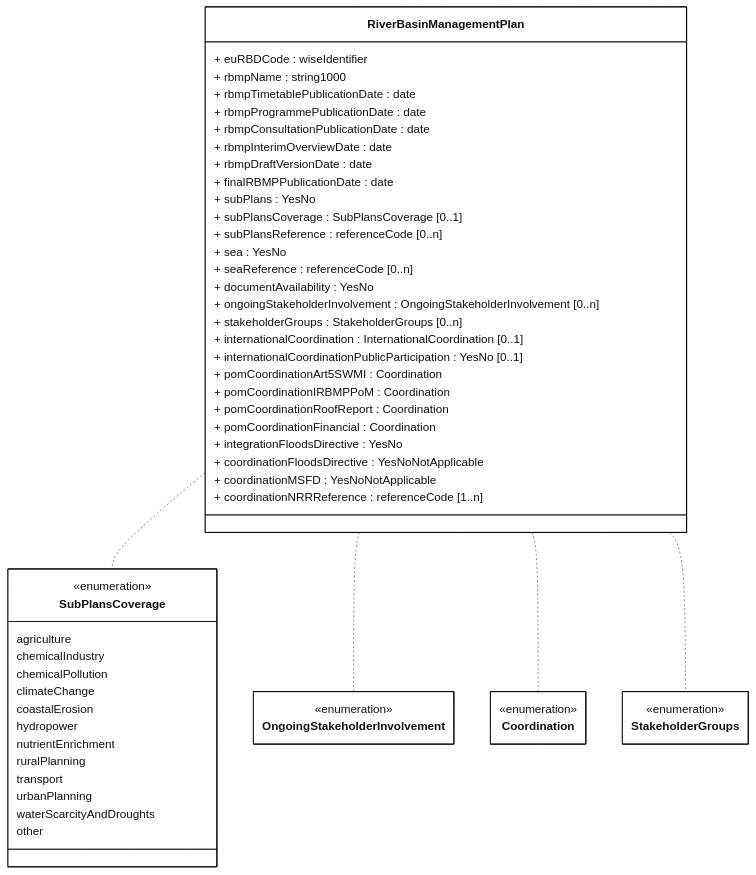
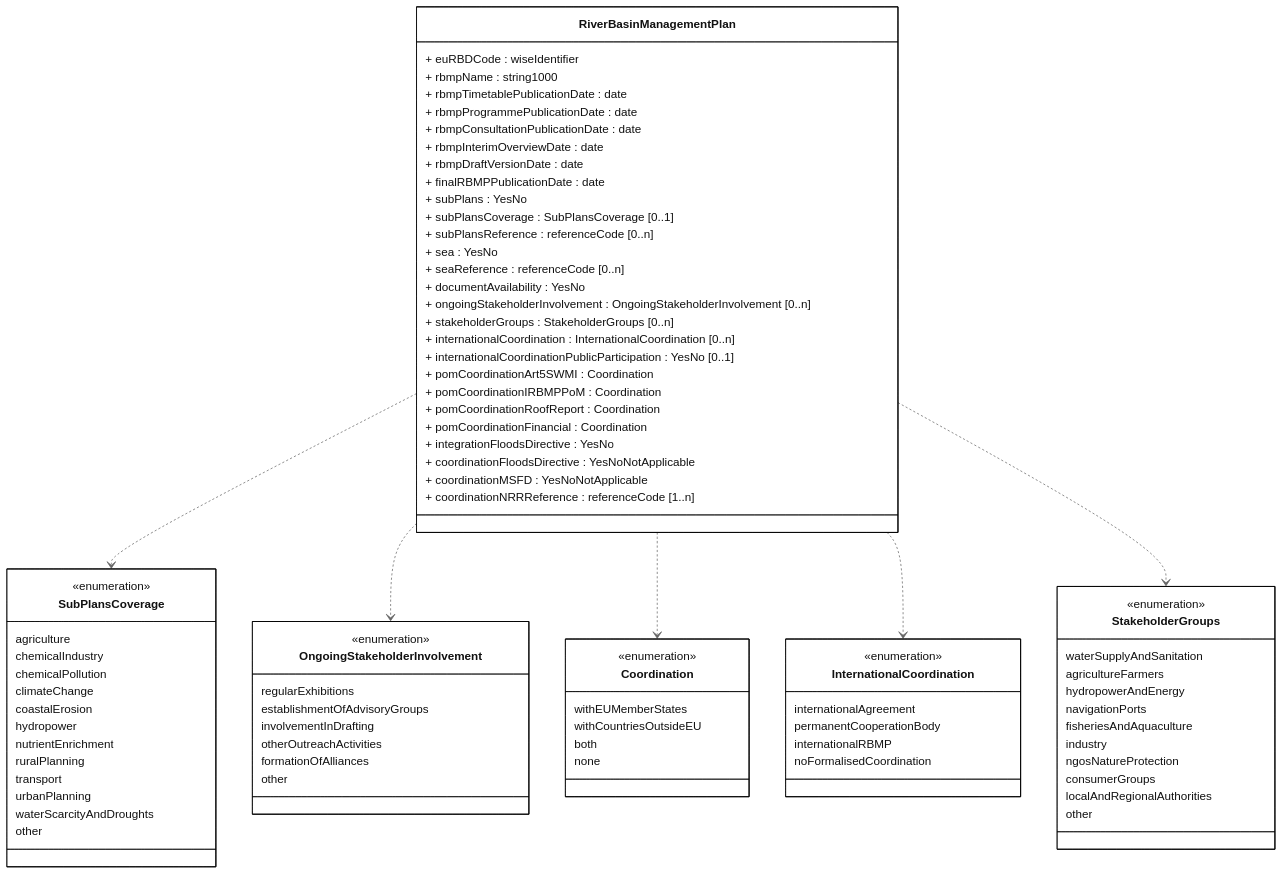
The diagram in docs/DataModelReview/mmd/Measures_4thCycle_RiverBasinManagementPlan_ClassDiagram.mmd (eeadata/WISE.WFD.Documentation), drawn with Mermaid before and after one commit. The commit also changed 25 other files, not shown here.

```diff
--- a/docs/DataModelReview/mmd/Measures_4thCycle_RiverBasinManagementPlan_ClassDiagram.mmd
+++ b/docs/DataModelReview/mmd/Measures_4thCycle_RiverBasinManagementPlan_ClassDiagram.mmd
@@ -1,79 +1,111 @@
 ---
 config:
   class:
     hideEmptyMembersBox: true
   layout: dagre
   theme: neutral
 ---
 classDiagram
 direction TB
 
 class RiverBasinManagementPlan{
 + euRBDCode :  wiseIdentifier
 + rbmpName : string1000
 
 + rbmpTimetablePublicationDate : date 
 + rbmpProgrammePublicationDate : date 
 + rbmpConsultationPublicationDate : date 
 + rbmpInterimOverviewDate : date 
 + rbmpDraftVersionDate : date 
 + finalRBMPPublicationDate : date 
 
 + subPlans : YesNo
 + subPlansCoverage : SubPlansCoverage [0..1]
 + subPlansReference : referenceCode [0..n]
 
 + sea : YesNo
 + seaReference : referenceCode [0..n]
 
 + documentAvailability  : YesNo
 
 + ongoingStakeholderInvolvement : OngoingStakeholderInvolvement [0..n]
 + stakeholderGroups : StakeholderGroups [0..n]
 
-+ internationalCoordination : InternationalCoordination [0..1]
++ internationalCoordination : InternationalCoordination [0..n]
 + internationalCoordinationPublicParticipation : YesNo [0..1]
 + pomCoordinationArt5SWMI : Coordination
 + pomCoordinationIRBMPPoM : Coordination
 + pomCoordinationRoofReport : Coordination
 + pomCoordinationFinancial : Coordination
 
 + integrationFloodsDirective : YesNo
 + coordinationFloodsDirective : YesNoNotApplicable
 + coordinationMSFD : YesNoNotApplicable
 
 + coordinationNRRReference : referenceCode [1..n]
 }
+
+class Coordination{
+    <<enumeration>>
+    withEUMemberStates
+    withCountriesOutsideEU
+    both
+    none
+    }
+
+class InternationalCoordination{
+    <<enumeration>>
+    internationalAgreement
+    permanentCooperationBody
+    internationalRBMP
+    noFormalisedCoordination
+    }
+
+class OngoingStakeholderInvolvement{
+    <<enumeration>>
+    regularExhibitions
+    establishmentOfAdvisoryGroups
+    involvementInDrafting
+    otherOutreachActivities
+    formationOfAlliances
+    other
+    }
 
 class SubPlansCoverage{
     <<enumeration>>
     agriculture
     chemicalIndustry
     chemicalPollution
     climateChange
     coastalErosion
     hydropower
     nutrientEnrichment
     ruralPlanning
     transport
     urbanPlanning
     waterScarcityAndDroughts
     other
     }
-class OngoingStakeholderInvolvement{
-    <<enumeration>>
-    }
-class Coordination{
-    <<enumeration>>
-    }
+
 class StakeholderGroups{
     <<enumeration>>
+    waterSupplyAndSanitation
+    agricultureFarmers
+    hydropowerAndEnergy
+    navigationPorts
+    fisheriesAndAquaculture
+    industry
+    ngosNatureProtection
+    consumerGroups
+    localAndRegionalAuthorities
+    other    
     }
 
-RiverBasinManagementPlan .. SubPlansCoverage
-RiverBasinManagementPlan .. OngoingStakeholderInvolvement
-RiverBasinManagementPlan .. Coordination
-RiverBasinManagementPlan .. StakeholderGroups
+RiverBasinManagementPlan ..> SubPlansCoverage
+RiverBasinManagementPlan ..> OngoingStakeholderInvolvement
+RiverBasinManagementPlan ..> Coordination
+RiverBasinManagementPlan ..> InternationalCoordination
+RiverBasinManagementPlan ..> StakeholderGroups
 
 classDef default fill:white,stroke:#000;
 classDef forFixing fill:white,stroke:#f00;
```
